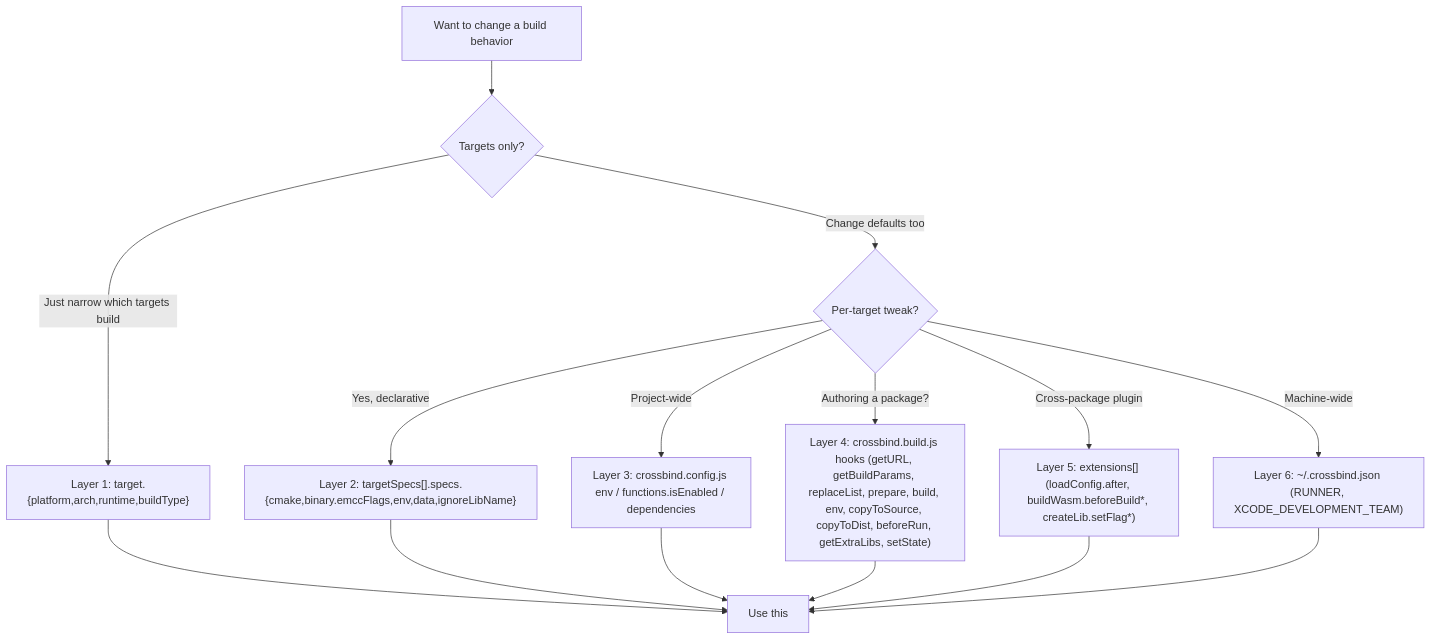
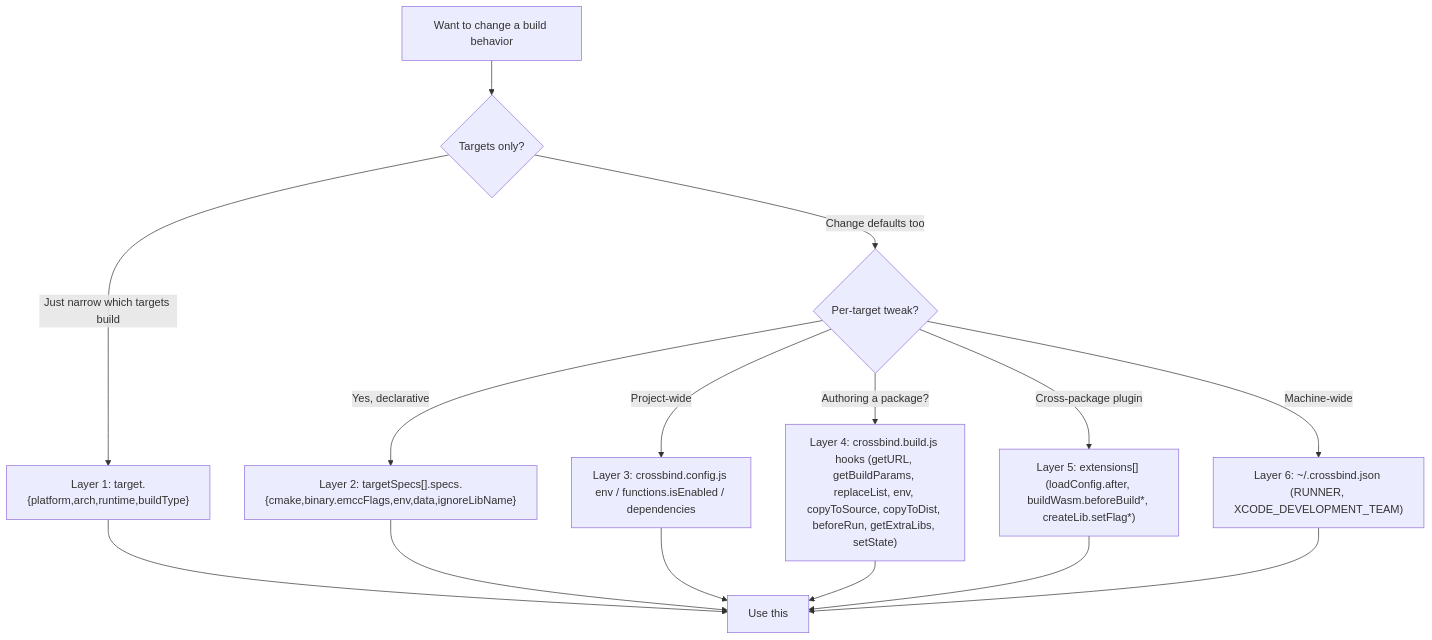
Before and after one commit to crossbind/crossbind: the second of 3 diagrams in docs/ARCHITECTURE.md, drawn with Mermaid. The commit also changed other lines of this file and 9 other files, not shown here.

First line of the commit message:
docs(crossbind): drop the prepare and build recipe hooks nothing reads

````diff
--- a/docs/ARCHITECTURE.md
+++ b/docs/ARCHITECTURE.md
@@ -132,17 +132,17 @@
 ```mermaid
 flowchart TD
     Q["Want to change a build behavior"] --> Filter{"Targets only?"}
     Filter -->|"Just narrow which targets build"| L1["Layer 1: target.{platform,arch,runtime,buildType}"]
     Filter -->|"Change defaults too"| Spec{"Per-target tweak?"}
     Spec -->|"Yes, declarative"| L2["Layer 2: targetSpecs[].specs.{cmake,binary.emccFlags,env,data,ignoreLibName}"]
     Spec -->|"Project-wide"| L3a["Layer 3: crossbind.config.js env / functions.isEnabled / dependencies"]
-    Spec -->|"Authoring a package?"| L4["Layer 4: crossbind.build.js hooks (getURL, getBuildParams, replaceList, prepare, build, env, copyToSource, copyToDist, beforeRun, getExtraLibs, setState)"]
+    Spec -->|"Authoring a package?"| L4["Layer 4: crossbind.build.js hooks (getURL, getBuildParams, replaceList, env, copyToSource, copyToDist, beforeRun, getExtraLibs, setState)"]
     Spec -->|"Cross-package plugin"| L5["Layer 5: extensions[] (loadConfig.after, buildWasm.beforeBuild*, createLib.setFlag*)"]
     Spec -->|"Machine-wide"| L6["Layer 6: ~/.crossbind.json (RUNNER, XCODE_DEVELOPMENT_TEAM)"]
     L1 --> Done[Use this]
     L2 --> Done
     L3a --> Done
     L4 --> Done
     L5 --> Done
     L6 --> Done
 ```
````
